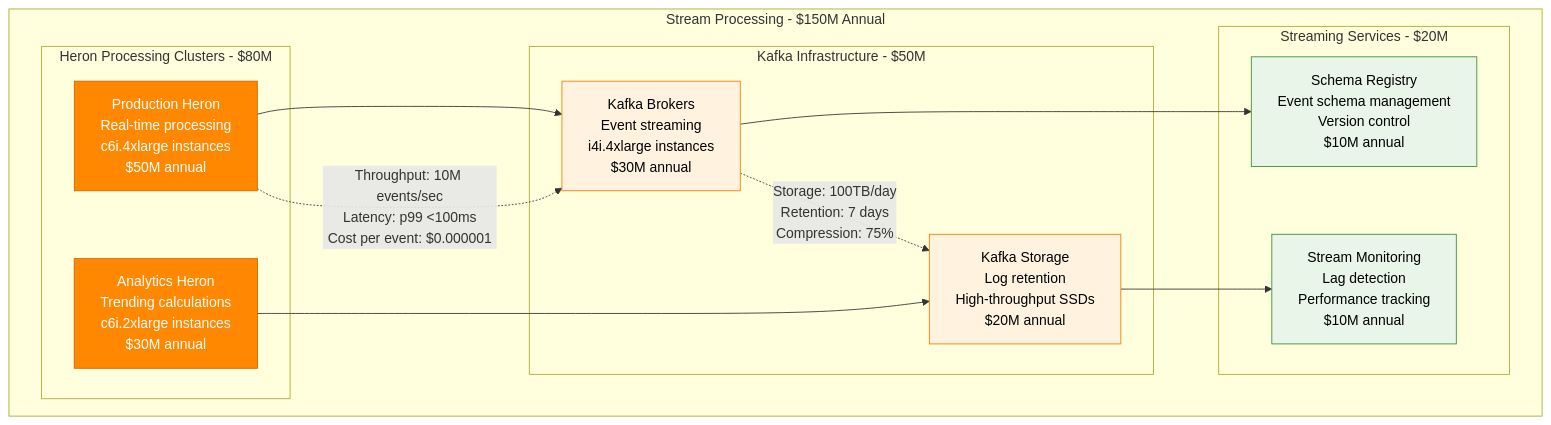
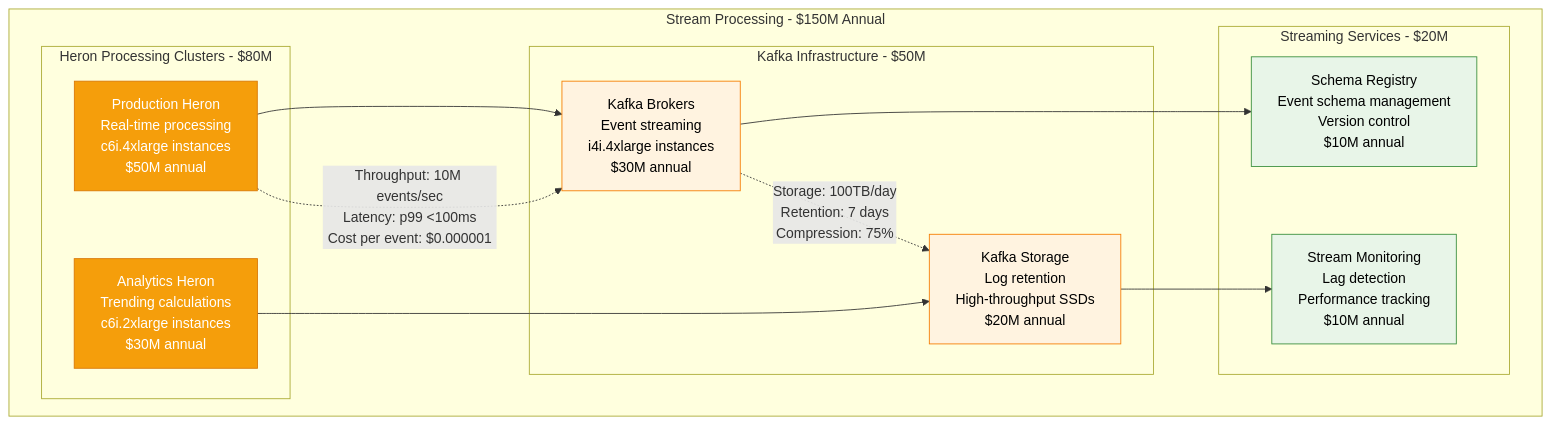
Before and after one commit to deepaucksharma/DS: the fifth of 10 diagrams in site/docs/systems/twitter/cost-breakdown.md, drawn with Mermaid. The commit also changed 303 other files, not shown here.

````diff
--- a/site/docs/systems/twitter/cost-breakdown.md
+++ b/site/docs/systems/twitter/cost-breakdown.md
@@ -130,36 +130,36 @@
 ```mermaid
 graph TB
     subgraph StreamProcessing[Stream Processing - $150M Annual]
         subgraph HeronClusters[Heron Processing Clusters - $80M]
             HERON_PROD[Production Heron<br/>Real-time processing<br/>c6i.4xlarge instances<br/>$50M annual]
             HERON_ANALYTICS[Analytics Heron<br/>Trending calculations<br/>c6i.2xlarge instances<br/>$30M annual]
         end
 
         subgraph KafkaInfrastructure[Kafka Infrastructure - $50M]
             KAFKA_BROKERS[Kafka Brokers<br/>Event streaming<br/>i4i.4xlarge instances<br/>$30M annual]
             KAFKA_STORAGE[Kafka Storage<br/>Log retention<br/>High-throughput SSDs<br/>$20M annual]
         end
 
         subgraph StreamingServices[Streaming Services - $20M]
             SCHEMA_REGISTRY[Schema Registry<br/>Event schema management<br/>Version control<br/>$10M annual]
             STREAM_MONITORING[Stream Monitoring<br/>Lag detection<br/>Performance tracking<br/>$10M annual]
         end
     end
 
     HERON_PROD --> KAFKA_BROKERS
     HERON_ANALYTICS --> KAFKA_STORAGE
     KAFKA_BROKERS --> SCHEMA_REGISTRY
     KAFKA_STORAGE --> STREAM_MONITORING
 
     %% Stream processing metrics
     HERON_PROD -.->|"Throughput: 10M events/sec<br/>Latency: p99 <100ms<br/>Cost per event: $0.000001"| KAFKA_BROKERS
     KAFKA_BROKERS -.->|"Storage: 100TB/day<br/>Retention: 7 days<br/>Compression: 75%"| KAFKA_STORAGE
 
-    classDef heronStyle fill:#FF8800,stroke:#CC6600,color:#fff
+    classDef heronStyle fill:#F59E0B,stroke:#D97706,color:#fff
     classDef kafkaStyle fill:#FFF3E0,stroke:#F57C00,color:#000
     classDef serviceStyle fill:#E8F5E8,stroke:#388E3C,color:#000
 
     class HERON_PROD,HERON_ANALYTICS heronStyle
     class KAFKA_BROKERS,KAFKA_STORAGE kafkaStyle
     class SCHEMA_REGISTRY,STREAM_MONITORING serviceStyle
 ```
````
